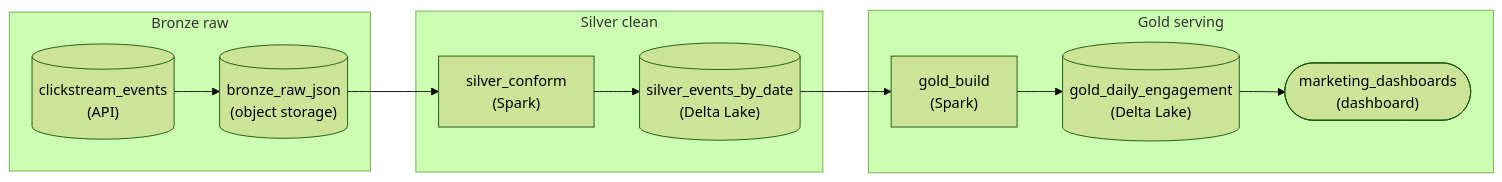
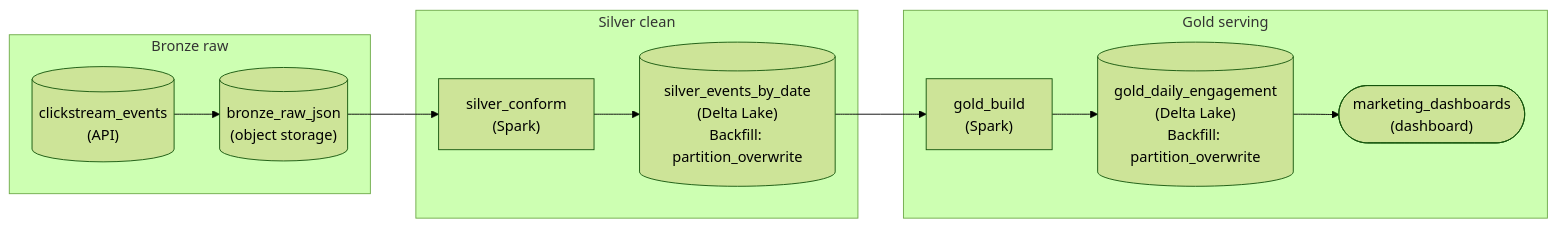
Before and after one commit to Dulain-Willis/study-helper: the first of 2 diagrams in lesson_preview/interview/architecture/pa_pattern_storage_question_intermediate.md, drawn with Mermaid (forest theme). The commit also changed other lines of this file and 26 other files, not shown here.

First line of the commit message:
Mermaid diagrams: show tags and extra values inside each node (#43)

````diff
--- a/lesson_preview/interview/architecture/pa_pattern_storage_question_intermediate.md
+++ b/lesson_preview/interview/architecture/pa_pattern_storage_question_intermediate.md
@@ -505,22 +505,22 @@
 ```mermaid
 flowchart LR
     subgraph L0["Bronze raw"]
         n0[("clickstream_events<br/>(API)")]
         n1[("bronze_raw_json<br/>(object storage)")]
     end
     subgraph L1["Silver clean"]
         n2["silver_conform<br/>(Spark)"]
-        n3[("silver_events_by_date<br/>(Delta Lake)")]
+        n3[("silver_events_by_date<br/>(Delta Lake)<br/>Backfill: partition_overwrite")]
     end
     subgraph L2["Gold serving"]
         n4["gold_build<br/>(Spark)"]
-        n5[("gold_daily_engagement<br/>(Delta Lake)")]
+        n5[("gold_daily_engagement<br/>(Delta Lake)<br/>Backfill: partition_overwrite")]
         n6(["marketing_dashboards<br/>(dashboard)"])
     end
     n0 --> n1
     n1 --> n2
     n2 --> n3
     n3 --> n4
     n4 --> n5
     n5 --> n6
 ```
````
